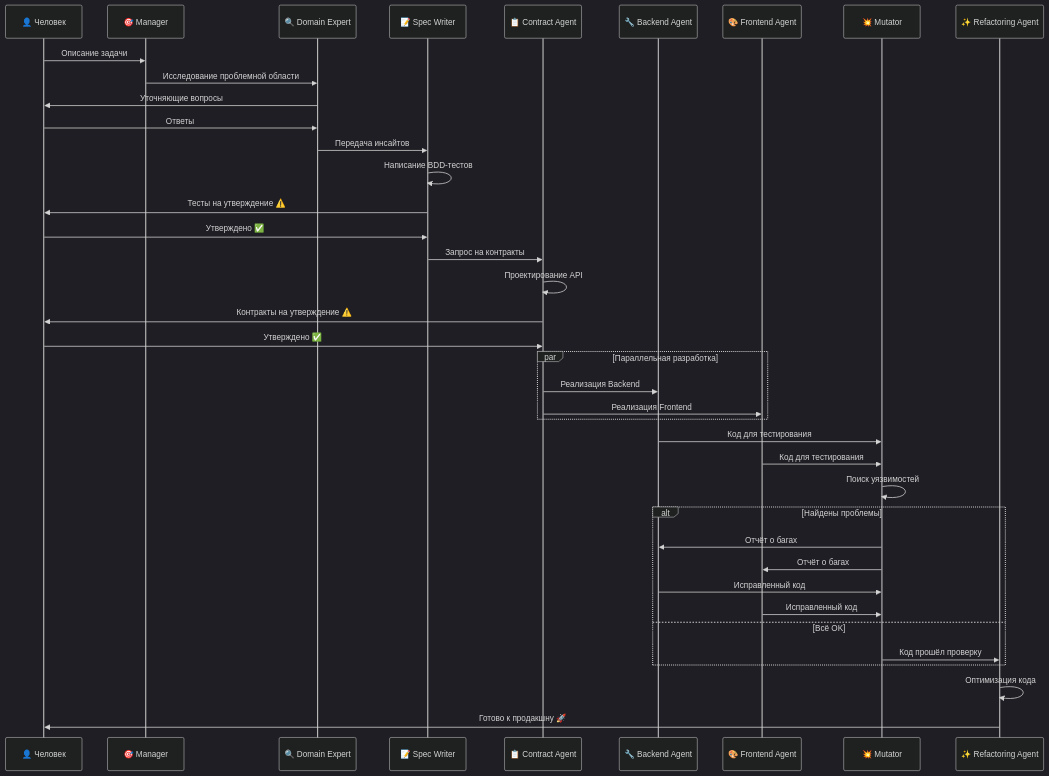
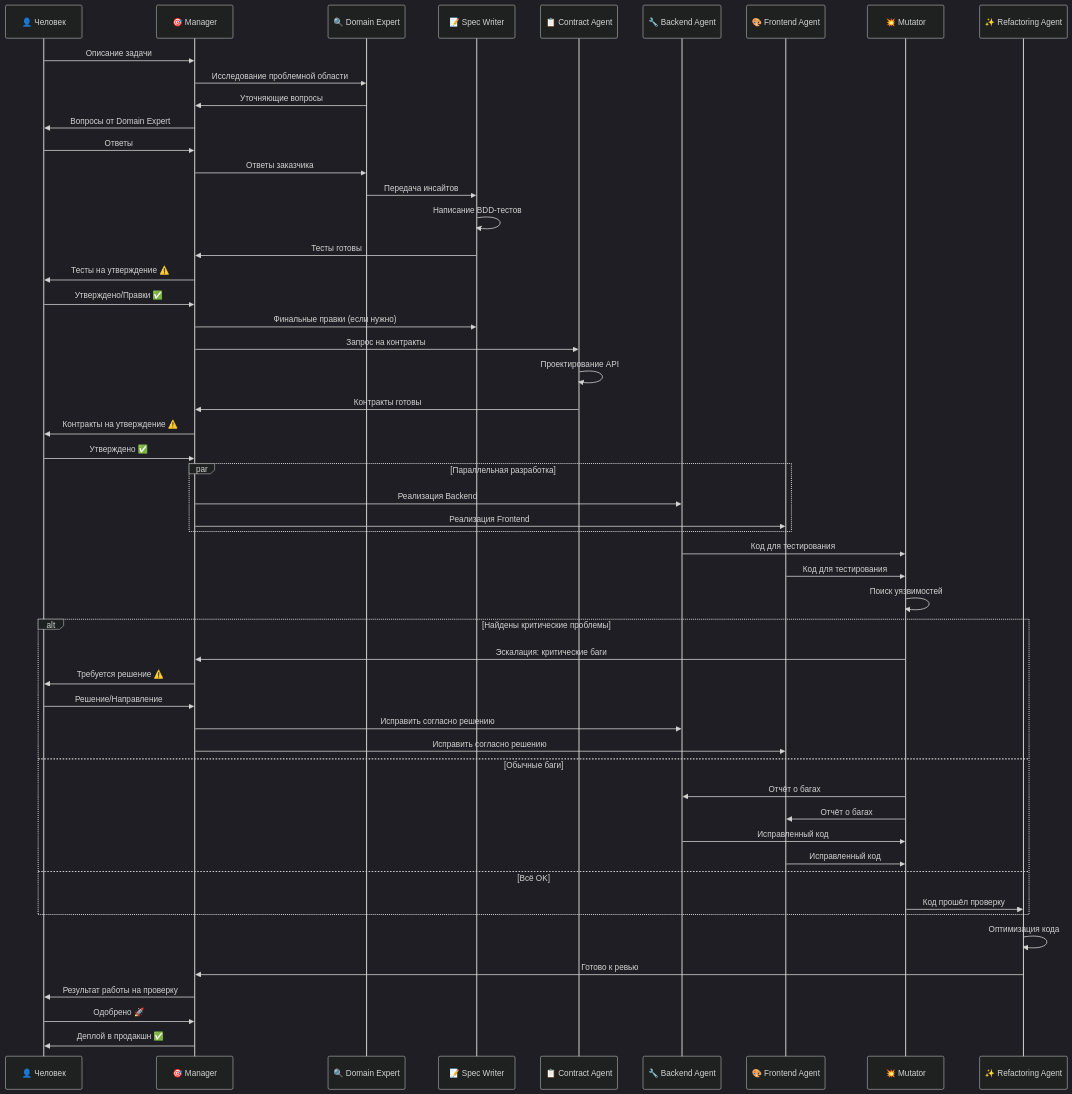
Before and after one commit to ad3002/masters-course-2025-vibe-coding: the third of 3 diagrams in materials/workshop3.md, drawn with Mermaid (dark theme). The commit also changed other lines of this file, not shown here.

````diff
--- a/materials/workshop3.md
+++ b/materials/workshop3.md
@@ -161,48 +172,62 @@
 ```mermaid
 sequenceDiagram
     participant H as 👤 Человек
     participant M as 🎯 Manager
     participant DE as 🔍 Domain Expert
     participant SW as 📝 Spec Writer
     participant CA as 📋 Contract Agent
     participant BE as 🔧 Backend Agent
     participant FE as 🎨 Frontend Agent
     participant MUT as 💥 Mutator
     participant REF as ✨ Refactoring Agent
 
     H->>M: Описание задачи
     M->>DE: Исследование проблемной области
-    DE->>H: Уточняющие вопросы
-    H->>DE: Ответы
+    DE->>M: Уточняющие вопросы
+    M->>H: Вопросы от Domain Expert
+    H->>M: Ответы
+    M->>DE: Ответы заказчика
     DE->>SW: Передача инсайтов
 
     SW->>SW: Написание BDD-тестов
-    SW->>H: Тесты на утверждение ⚠️
-    H->>SW: Утверждено ✅
+    SW->>M: Тесты готовы
+    M->>H: Тесты на утверждение ⚠️
+    H->>M: Утверждено/Правки ✅
+    M->>SW: Финальные правки (если нужно)
 
-    SW->>CA: Запрос на контракты
+    M->>CA: Запрос на контракты
     CA->>CA: Проектирование API
-    CA->>H: Контракты на утверждение ⚠️
-    H->>CA: Утверждено ✅
+    CA->>M: Контракты готовы
+    M->>H: Контракты на утверждение ⚠️
+    H->>M: Утверждено ✅
 
     par Параллельная разработка
-        CA->>BE: Реализация Backend
-        CA->>FE: Реализация Frontend
+        M->>BE: Реализация Backend
+        M->>FE: Реализация Frontend
     end
 
     BE->>MUT: Код для тестирования
     FE->>MUT: Код для тестирования
 
     MUT->>MUT: Поиск уязвимостей
-    alt Найдены проблемы
+    alt Найдены критические проблемы
+        MUT->>M: Эскалация: критические баги
+        M->>H: Требуется решение ⚠️
+        H->>M: Решение/Направление
+        M->>BE: Исправить согласно решению
+        M->>FE: Исправить согласно решению
+    else Обычные баги
         MUT->>BE: Отчёт о багах
         MUT->>FE: Отчёт о багах
         BE->>MUT: Исправленный код
         FE->>MUT: Исправленный код
     else Всё OK
         MUT->>REF: Код прошёл проверку
     end
 
     REF->>REF: Оптимизация кода
-    REF->>H: Готово к продакшну 🚀
+    REF->>M: Готово к ревью
+    M->>H: Результат работы на проверку
+    H->>M: Одобрено 🚀
+    M->>H: Деплой в продакшн ✅
 ```
````
